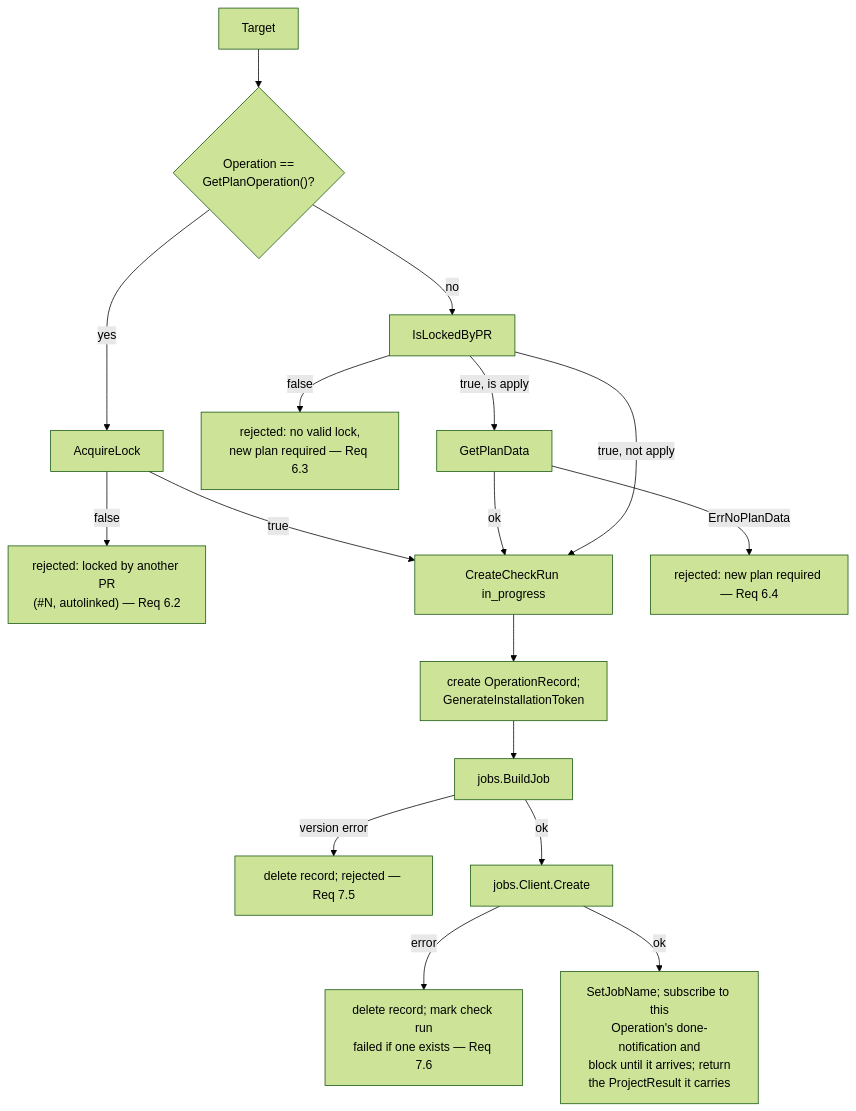
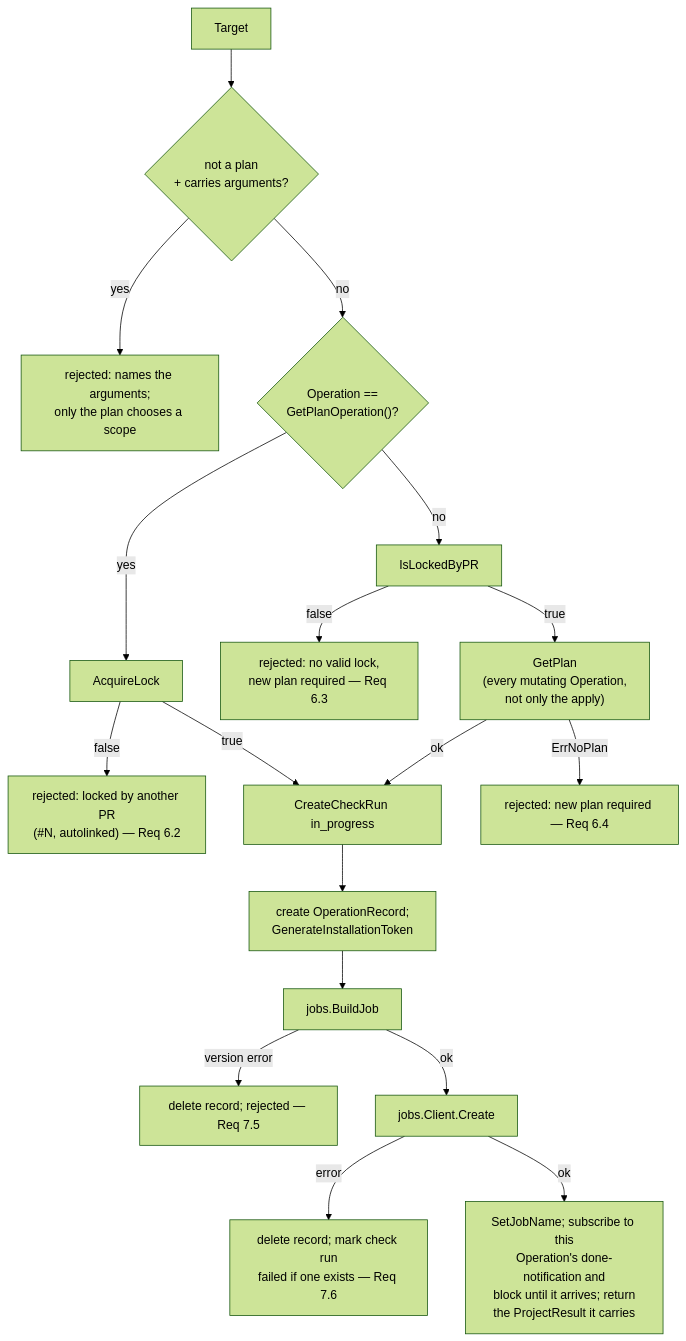
Before and after one commit to ivanvc/turnip: the third of 5 diagrams in .kiro/specs/server-orchestration/design.md, drawn with Mermaid (forest theme). The commit also changed other lines of this file and 14 other files, not shown here.

Commit message:
refactor: remove deadcode from plan data

````diff
--- a/.kiro/specs/server-orchestration/design.md
+++ b/.kiro/specs/server-orchestration/design.md
@@ -519,19 +517,20 @@
 ```mermaid
 flowchart TD
-    T[Target] --> P{"Operation ==\nGetPlanOperation()?"}
+    T[Target] --> ARG{"not a plan\n+ carries arguments?"}
+    ARG -->|yes| RJ0["rejected: names the arguments;\nonly the plan chooses a scope"]
+    ARG -->|no| P{"Operation ==\nGetPlanOperation()?"}
     P -->|yes| AL[AcquireLock]
     AL -->|false| RJ1["rejected: locked by another PR\n(#N, autolinked) — Req 6.2"]
     AL -->|true| CR[CreateCheckRun in_progress]
     P -->|no| IL[IsLockedByPR]
     IL -->|false| RJ2["rejected: no valid lock,\nnew plan required — Req 6.3"]
-    IL -->|true, is apply| GPD[GetPlanData]
-    GPD -->|ErrNoPlanData| RJ3["rejected: new plan required — Req 6.4"]
-    GPD -->|ok| CR
-    IL -->|true, not apply| CR
+    IL -->|true| GP["GetPlan\n(every mutating Operation,\nnot only the apply)"]
+    GP -->|ErrNoPlan| RJ3["rejected: new plan required — Req 6.4"]
+    GP -->|ok| CR
     CR --> REC["create OperationRecord;\nGenerateInstallationToken"]
     REC --> BJ[jobs.BuildJob]
     BJ -->|version error| RJ4["delete record; rejected — Req 7.5"]
     BJ -->|ok| JC[jobs.Client.Create]
     JC -->|error| RJ5["delete record; mark check run\nfailed if one exists — Req 7.6"]
     JC -->|ok| DONE["SetJobName; subscribe to this\nOperation's done-notification and\nblock until it arrives; return\nthe ProjectResult it carries"]
 ```
````
